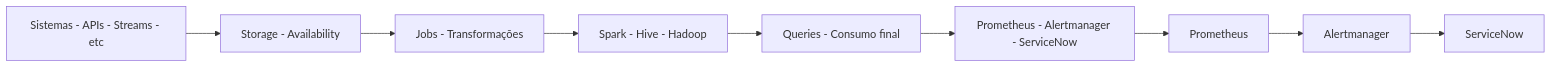
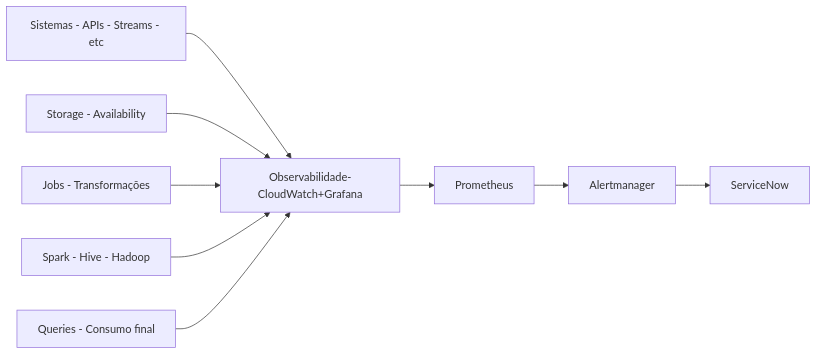
Before and after one commit to pmagaiwer/aws-datalake-observability: the diagram in docs/architecture_observability_data_lake.md, drawn with Mermaid.

````diff
--- a/docs/architecture_observability_data_lake.md
+++ b/docs/architecture_observability_data_lake.md
@@ -3,15 +3,19 @@
 ```mermaid
 flowchart LR
     Data-Producers["Sistemas - APIs - Streams - etc"]
     AWS-S3["Storage - Availability"]
     AWS-Glue-ETL["Jobs - Transformações"]
     AWS-EMR["Spark - Hive - Hadoop"]
     AWS-Athena["Queries - Consumo final"]
-    Observabilidade-CloudWatch+Grafana["Prometheus - Alertmanager - ServiceNow"]
+    Observabilidade-CloudWatch+Grafana["Observabilidade-CloudWatch+Grafana"]
     Prometheus["Prometheus"]
     Alertmanager["Alertmanager"]
     ServiceNow["ServiceNow"]
 
-    Data-Producers --> AWS-S3 --> AWS-Glue-ETL --> AWS-EMR --> AWS-Athena --> Observabilidade-CloudWatch+Grafana
+    Data-Producers --> Observabilidade-CloudWatch+Grafana
+    AWS-S3 --> Observabilidade-CloudWatch+Grafana
+    AWS-Glue-ETL --> Observabilidade-CloudWatch+Grafana
+    AWS-EMR --> Observabilidade-CloudWatch+Grafana
+    AWS-Athena --> Observabilidade-CloudWatch+Grafana
     Observabilidade-CloudWatch+Grafana --> Prometheus --> Alertmanager --> ServiceNow
 ```
````
